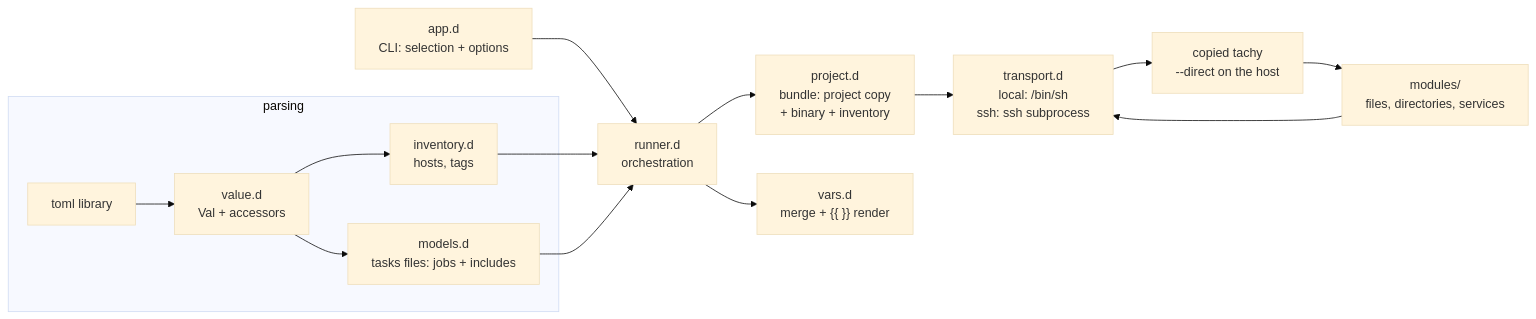
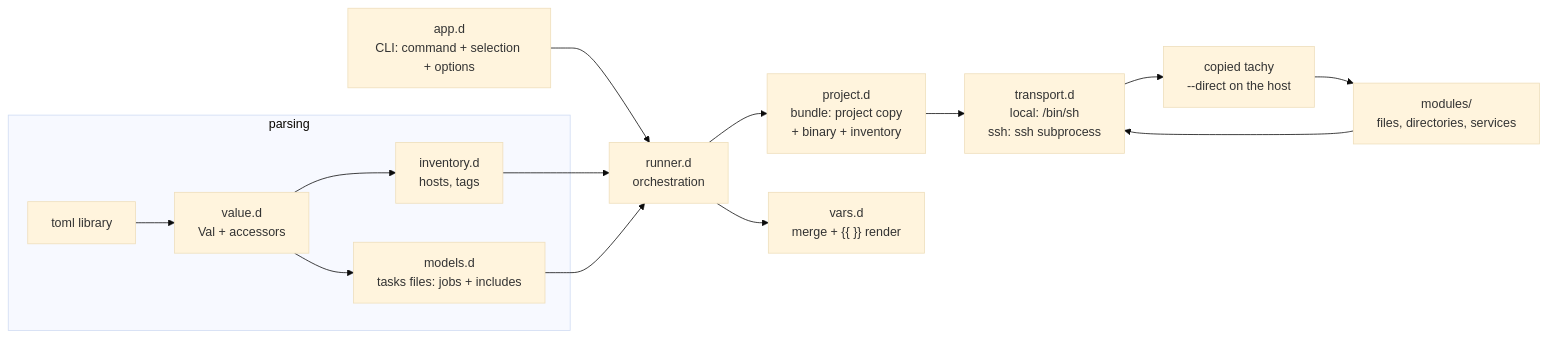
One commit to marcpmichel/tachy changed the diagram in README.md. Above: the diagram before and after it, drawn with Mermaid (base theme). The commit also changed other lines of this file and 24 other files, not shown here.

````diff
--- a/README.md
+++ b/README.md
@@ -413,16 +580,16 @@
 ```mermaid
 flowchart LR
-    CLI["app.d\nCLI: selection + options"] --> RUN["runner.d\norchestration"]
+    CLI["app.d\nCLI: command + selection + options"] --> RUN["runner.d\norchestration"]
     INV["inventory.d\nhosts, tags"] --> RUN
     MOD["models.d\ntasks files: jobs + includes"] --> RUN
     RUN --> PROJ["project.d\nbundle: project copy\n+ binary + inventory"]
     PROJ --> TR["transport.d\nlocal: /bin/sh\nssh: ssh subprocess"]
     TR --> INNER["copied tachy\n--direct on the host"] --> MODS["modules/\nfiles, directories, services"]
     MODS --> TR
     RUN --> VARS["vars.d\nmerge + {{ }} render"]
     subgraph parsing
         TOML["toml library"] --> VAL["value.d\nVal + accessors"]
         VAL --> INV
         VAL --> MOD
     end
 ```
````
